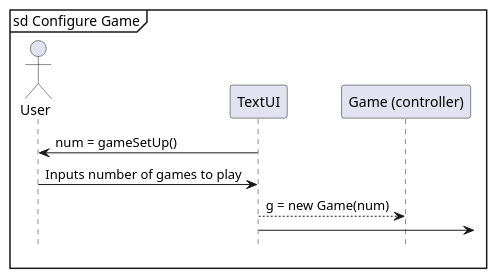
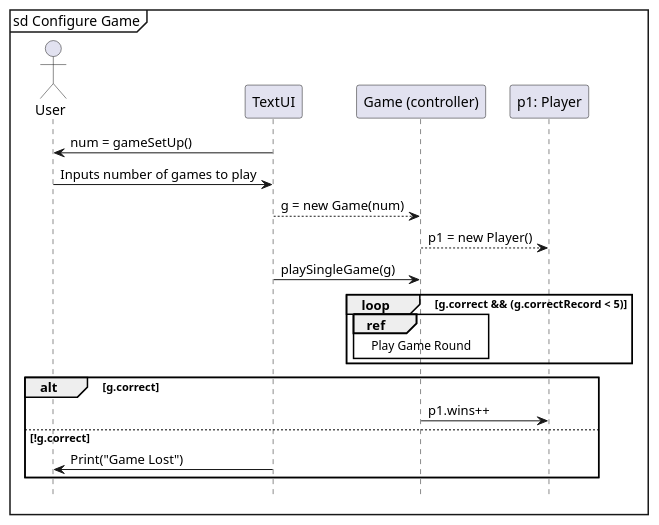
The fifth of 7 diagrams in doc/design.md (aczar09/Trivia-Game-Android), drawn with PlantUML before and after one commit. The commit also changed other lines of this file, not shown here.

Commit message:
More sequence diagram edits

````diff
--- a/doc/design.md
+++ b/doc/design.md
@@ -142,13 +142,25 @@
 ```plantuml
 @startuml
 hide footbox
 mainframe sd Configure Game
 actor "User" as us 
 participant "TextUI" as tui 
 participant "Game (controller)" as clr 
+participant "p1: Player" as p1
 tui -> us: num = gameSetUp()
 us -> tui: Inputs number of games to play
 tui --> clr: g = new Game(num)
-tui -> 
+clr --> p1: p1 = new Player()
+tui -> clr: playSingleGame(g)
+loop g.correct && (g.correctRecord < 5)
+ref over clr
+Play Game Round
+end
+end
+alt g.correct
+clr -> p1: p1.wins++
+else !g.correct
+tui -> us: Print("Game Lost")
+end
 
 ```
````
